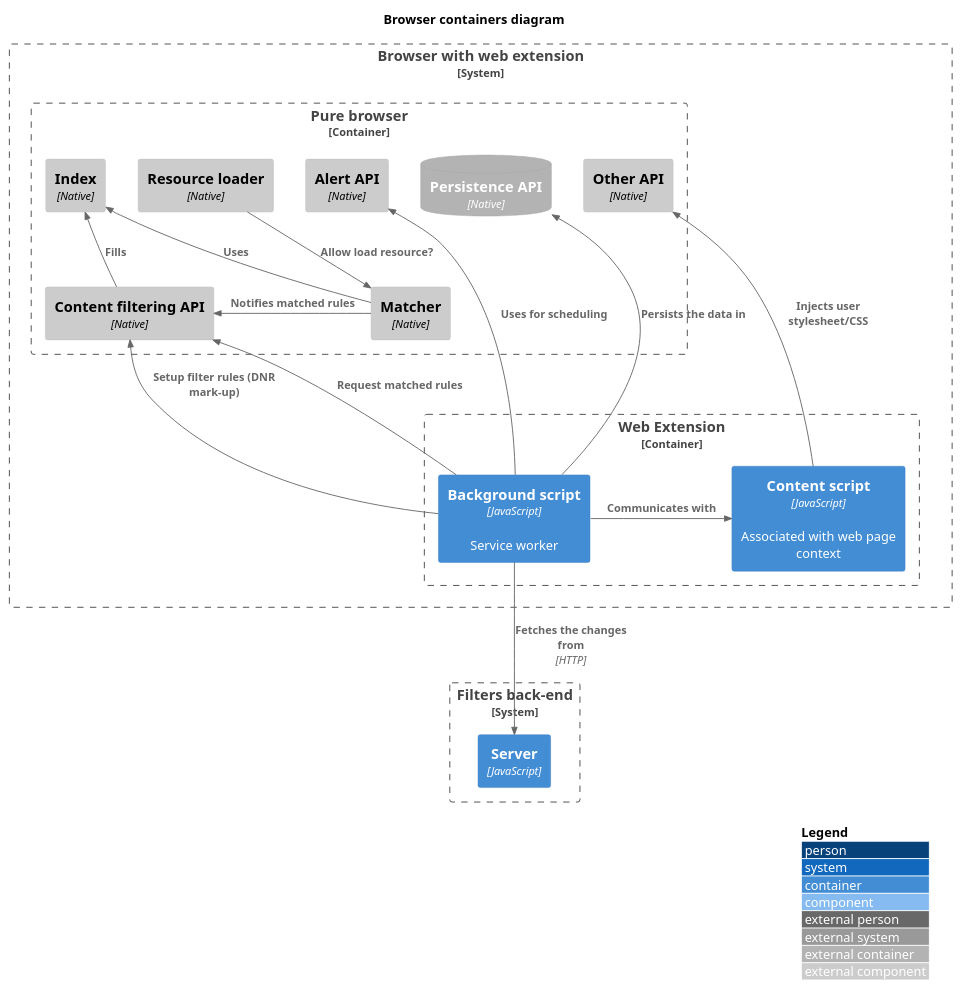
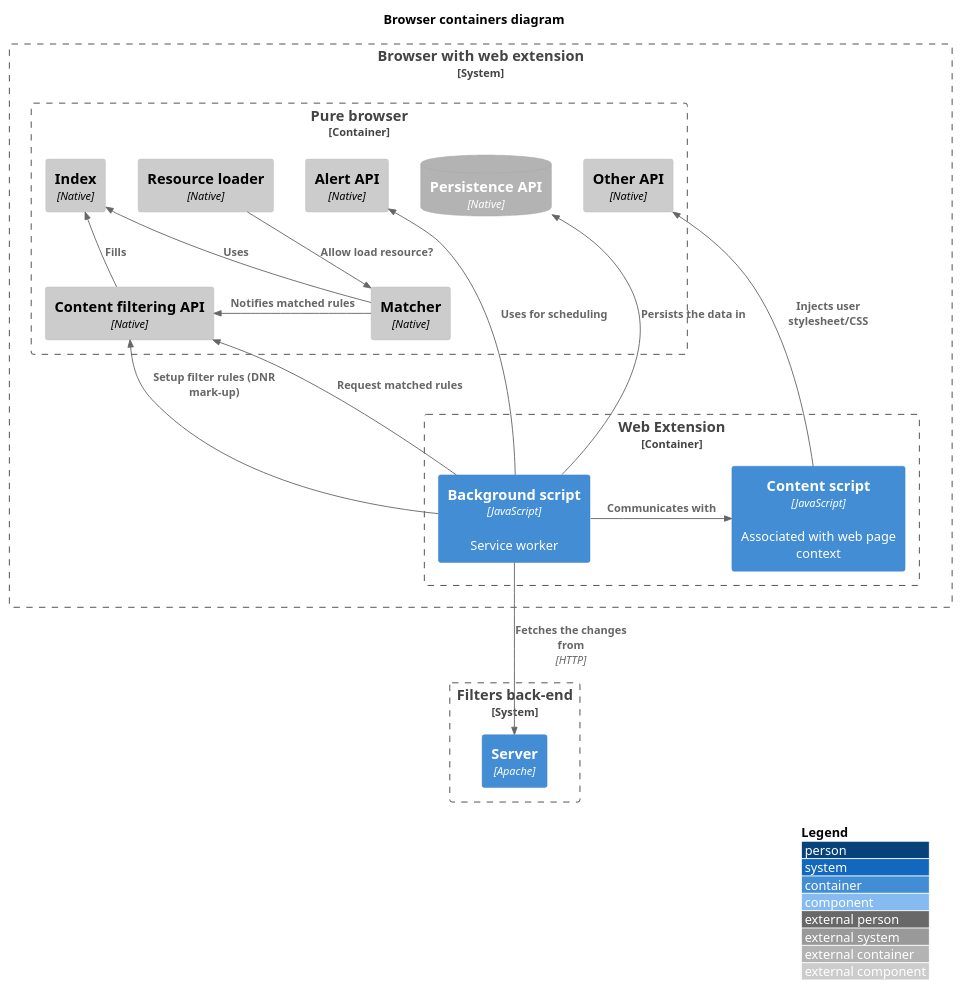
Before and after one commit to 4ntoine/mv3_spec_c4: the diagram in containers_browser.puml, drawn with PlantUML. The commit also changed 3 other files, not shown here.

```diff
--- a/containers_browser.puml
+++ b/containers_browser.puml
@@ -1,43 +1,43 @@
 @startuml
 !include https://raw.githubusercontent.com/plantuml-stdlib/C4-PlantUML/master/C4_Context.puml
 !include https://raw.githubusercontent.com/plantuml-stdlib/C4-PlantUML/master/C4_Container.puml
 !include https://raw.githubusercontent.com/plantuml-stdlib/C4-PlantUML/master/C4_Component.puml
 
 title Browser containers diagram
 LAYOUT_WITH_LEGEND()
 
 ' system itself
 System_Boundary(browserSystem, "Browser with web extension") {
   Container_Boundary(browserContainer, "Pure browser", "Native") {
     Component_Ext(browserCore, "Content filtering API", "Native")
     Component_Ext(browserApi, "Other API", "Native")
     Component_Ext(index, "Index", "Native")
     Component_Ext(matcher, "Matcher", "Native")
     Component_Ext(loader, "Resource loader", "Native")
     ContainerDb_Ext(persistence, "Persistence API", "Native")
     Component_Ext(schedulers, "Alert API", "Native")
   }
 
   Container_Boundary(webExtContainer, "Web Extension") {
     Container(webExtContent, "Content script", "JavaScript", "Associated with web page context")
     Container(webExtBackground, "Background script", "JavaScript", "Service worker")
   }
 }
 
 System_Boundary(backEndContainer, "Filters back-end") {
-    Container(backEnd, "Server", "JavaScript")
+    Container(backEnd, "Server", "Apache")
 }
 
 ' relations
 Rel_U(webExtBackground, browserCore, "Request matched rules")
 Rel_U(webExtBackground, browserCore, "Setup filter rules (DNR mark-up)")
 Rel_U(webExtContent, browserApi, "Injects user stylesheet/CSS")
 Rel_U(webExtBackground, persistence, "Persists the data in")
 Rel_U(webExtBackground, schedulers, "Uses for scheduling")
 Rel_U(browserCore, index, "Fills")
 Rel_U(matcher, index, "Uses")
 Rel_D(loader, matcher, "Allow load resource?")
 Rel_L(matcher, browserCore, "Notifies matched rules")
 Rel_D(webExtBackground, backEnd, "Fetches the changes from", "HTTP")
 Rel_L(webExtBackground, webExtContent, "Communicates with")
 @enduml
```
